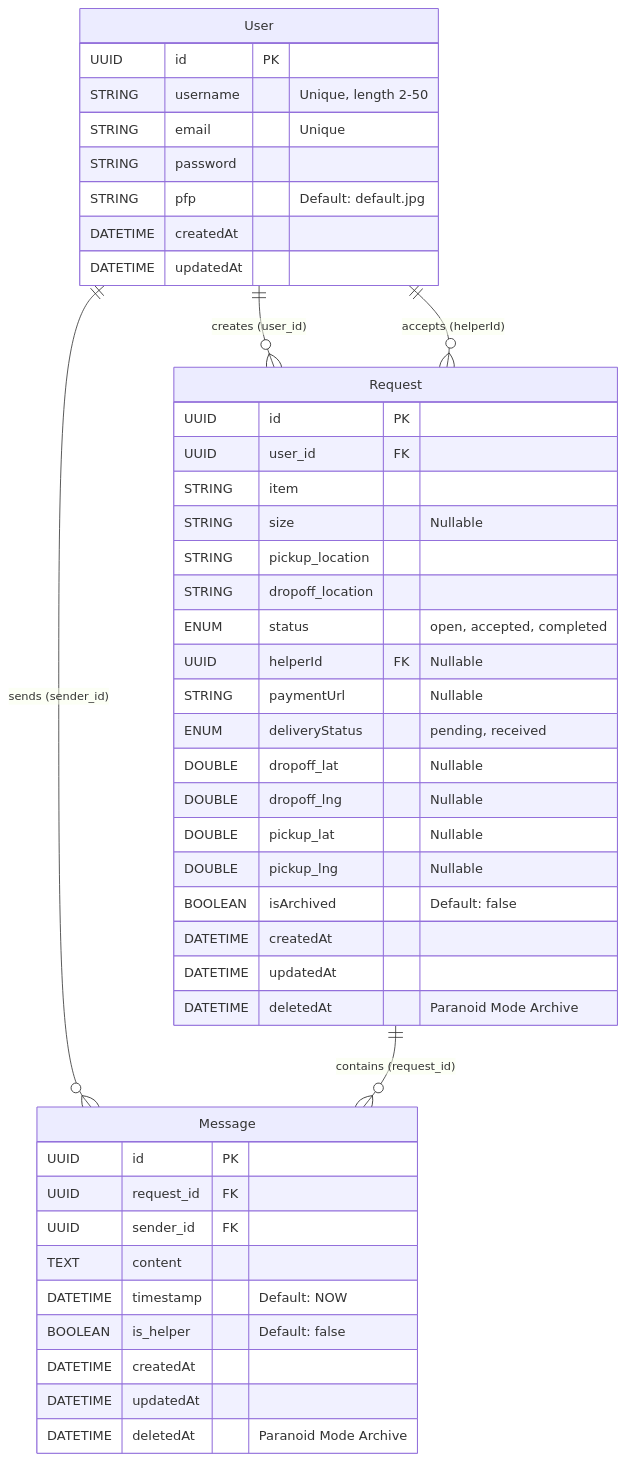
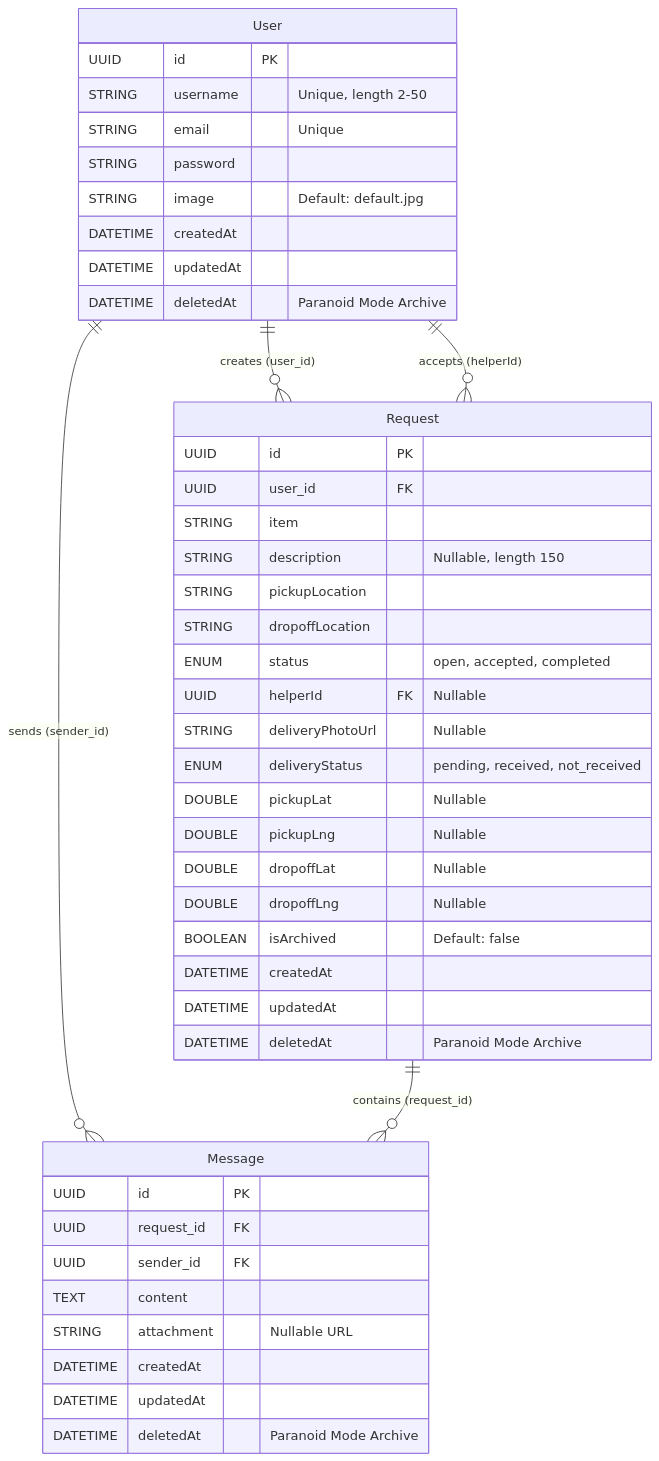
Before and after one commit to MagiCarpy/ucladn: the diagram in Diagrams/er_diagram.md, drawn with Mermaid. The commit also changed other lines of this file and 10 other files, not shown here.

Commit message:
Fixed diagrams to adhere to actual codebase and database implementation. Changed receiverConfirmed to deliveryStatus.

````diff
--- a/Diagrams/er_diagram.md
+++ b/Diagrams/er_diagram.md
@@ -5,50 +5,50 @@
 ```mermaid
 erDiagram
     User {
         UUID id PK
         STRING username "Unique, length 2-50"
         STRING email "Unique"
         STRING password
-        STRING pfp "Default: default.jpg"
+        STRING image "Default: default.jpg"
         DATETIME createdAt
         DATETIME updatedAt
+        DATETIME deletedAt "Paranoid Mode Archive"
     }
 
     Request {
         UUID id PK
         UUID user_id FK
         STRING item
-        STRING size "Nullable"
-        STRING pickup_location
-        STRING dropoff_location
+        STRING description "Nullable, length 150"
+        STRING pickupLocation
+        STRING dropoffLocation
         ENUM status "open, accepted, completed"
         UUID helperId FK "Nullable"
-        STRING paymentUrl "Nullable"
-        ENUM deliveryStatus "pending, received"
-        DOUBLE dropoff_lat "Nullable"
-        DOUBLE dropoff_lng "Nullable"
-        DOUBLE pickup_lat "Nullable"
-        DOUBLE pickup_lng "Nullable"
+        STRING deliveryPhotoUrl "Nullable"
+        ENUM deliveryStatus "pending, received, not_received"
+        DOUBLE pickupLat "Nullable"
+        DOUBLE pickupLng "Nullable"
+        DOUBLE dropoffLat "Nullable"
+        DOUBLE dropoffLng "Nullable"
         BOOLEAN isArchived "Default: false"
         DATETIME createdAt
         DATETIME updatedAt
         DATETIME deletedAt "Paranoid Mode Archive"
     }
 
     Message {
         UUID id PK
         UUID request_id FK
         UUID sender_id FK
         TEXT content
-        DATETIME timestamp "Default: NOW"
-        BOOLEAN is_helper "Default: false"
+        STRING attachment "Nullable URL"
         DATETIME createdAt
         DATETIME updatedAt
         DATETIME deletedAt "Paranoid Mode Archive"
     }
 
     User ||--o{ Request : "creates (user_id)"
     User ||--o{ Request : "accepts (helperId)"
     User ||--o{ Message : "sends (sender_id)"
     Request ||--o{ Message : "contains (request_id)"
 ```
````
